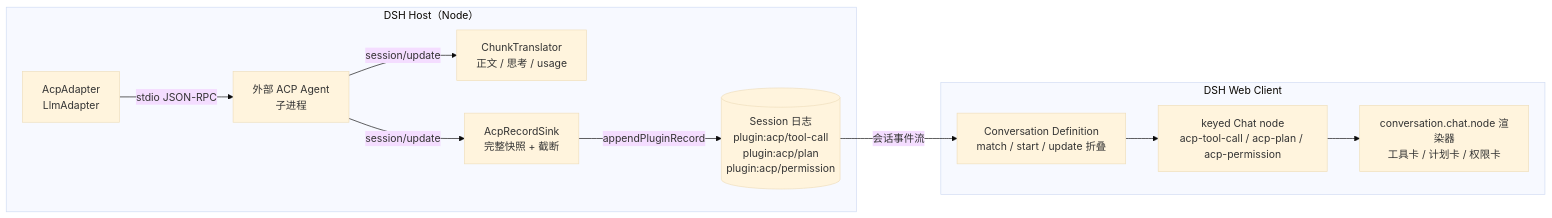
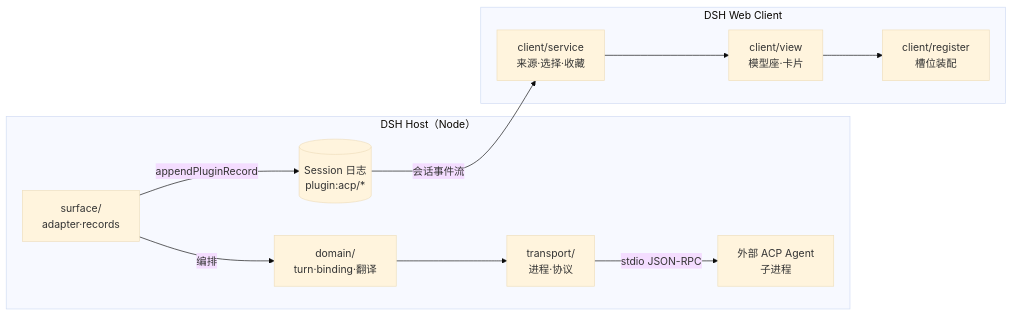
Before and after one commit to FrankXuL/dsh-acp-pro: the diagram in README.md, drawn with Mermaid (base theme). The commit also changed other lines of this file, not shown here.

````diff
--- a/README.md
+++ b/README.md
@@ -70,14 +45,14 @@
 ```mermaid
 flowchart LR
   subgraph Host["DSH Host（Node）"]
-    A["AcpAdapter<br/>LlmAdapter"] -- "stdio JSON-RPC" --> P["外部 ACP Agent<br/>子进程"]
-    P -- "session/update" --> T["ChunkTranslator<br/>正文 / 思考 / usage"]
-    P -- "session/update" --> R["AcpRecordSink<br/>完整快照 + 截断"]
-    R -- "appendPluginRecord" --> S[("Session 日志<br/>plugin:acp/tool-call<br/>plugin:acp/plan<br/>plugin:acp/permission")]
+    S["surface/<br/>adapter·records"] -- "编排" --> D["domain/<br/>turn·binding·翻译"]
+    D --> T["transport/<br/>进程·协议"]
+    T -- "stdio JSON-RPC" --> A["外部 ACP Agent<br/>子进程"]
+    S -- "appendPluginRecord" --> L[("Session 日志<br/>plugin:acp/*")]
   end
   subgraph Web["DSH Web Client"]
-    S -- "会话事件流" --> D["Conversation Definition<br/>match / start / update 折叠"]
-    D --> N["keyed Chat node<br/>acp-tool-call / acp-plan / acp-permission"]
-    N --> V["conversation.chat.node 渲染器<br/>工具卡 / 计划卡 / 权限卡"]
+    L -- "会话事件流" --> V["client/service<br/>来源·选择·收藏"]
+    V --> W["client/view<br/>模型座·卡片"]
+    W --> R["client/register<br/>槽位装配"]
   end
 ```
````
